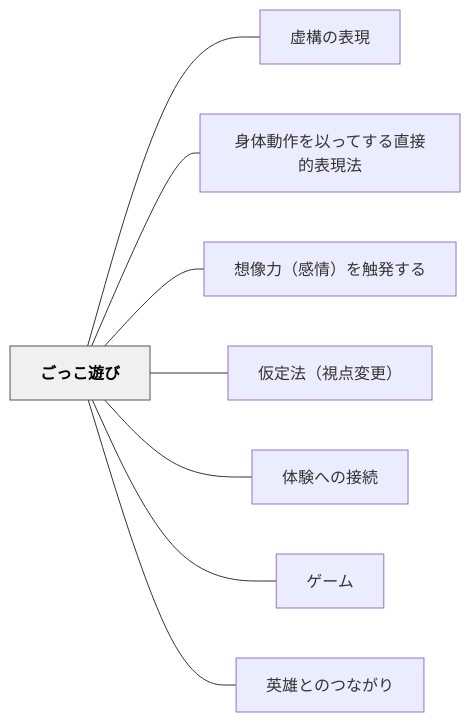
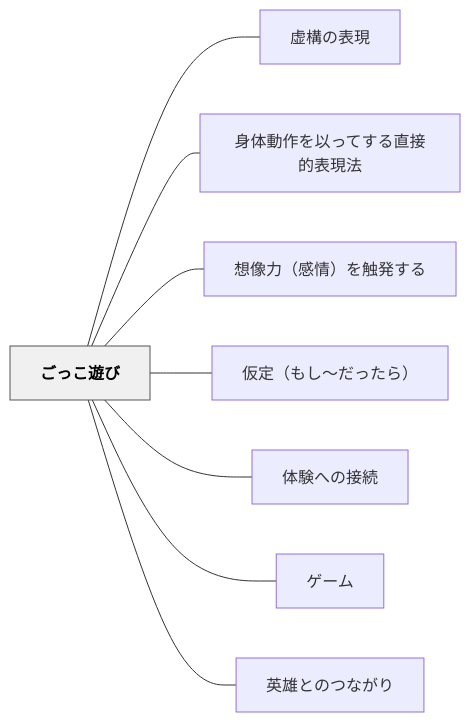
The diagram in content/パタン/ごっこ遊び.md (unknownthings-ed-patterns/unknownthings-ed-patterns), drawn with Mermaid before and after one commit. The commit also changed other lines of this file and 16 other files, not shown here.

````diff
--- a/content/パタン/ごっこ遊び.md
+++ b/content/パタン/ごっこ遊び.md
@@ -50,22 +50,22 @@
 ```mermaid
 flowchart LR
     ne38194e381a3e38193e9818ae381b3["ごっこ遊び"]
     ne8999ae6a78be381aee8a1a8e78fbe["虚構の表現"]
     ne8baabe4bd93e58b95e4bd9ce38292e4bba5e381a3e381a6e38199e3828be79bb4e68ea5e79a84e8a1a8e78fbee6b395["身体動作を以ってする直接的表現法"]
     ne683b3e5838fe58a9befbc88e6849fe68385efbc89e38292e8a7a6e799bae38199e3828b["想像力（感情）を触発する"]
-    ne4bbaee5ae9ae6b395efbc88e8a696e782b9e5a489e69bb4efbc89["仮定法（視点変更）"]
+    ne4bbaee5ae9aefbc88e38282e38197e3809ce381a0e381a3e3819fe38289efbc89["仮定（もし〜だったら）"]
     ne4bd93e9a893e381b8e381aee68ea5e7b69a["体験への接続"]
     ne382b2e383bce383a0["ゲーム"]
     ne88bb1e99b84e381a8e381aee381a4e381aae3818ce3828a["英雄とのつながり"]
 
     ne38194e381a3e38193e9818ae381b3 --- ne8999ae6a78be381aee8a1a8e78fbe
     ne38194e381a3e38193e9818ae381b3 --- ne8baabe4bd93e58b95e4bd9ce38292e4bba5e381a3e381a6e38199e3828be79bb4e68ea5e79a84e8a1a8e78fbee6b395
     ne38194e381a3e38193e9818ae381b3 --- ne683b3e5838fe58a9befbc88e6849fe68385efbc89e38292e8a7a6e799bae38199e3828b
-    ne38194e381a3e38193e9818ae381b3 --- ne4bbaee5ae9ae6b395efbc88e8a696e782b9e5a489e69bb4efbc89
+    ne38194e381a3e38193e9818ae381b3 --- ne4bbaee5ae9aefbc88e38282e38197e3809ce381a0e381a3e3819fe38289efbc89
     ne38194e381a3e38193e9818ae381b3 --- ne4bd93e9a893e381b8e381aee68ea5e7b69a
     ne38194e381a3e38193e9818ae381b3 --- ne382b2e383bce383a0
     ne38194e381a3e38193e9818ae381b3 --- ne88bb1e99b84e381a8e381aee381a4e381aae3818ce3828a
 
     classDef hub fill:#f0f0f0,stroke:#555,color:#000,font-weight:bold
     class ne38194e381a3e38193e9818ae381b3 hub
 ```
````
